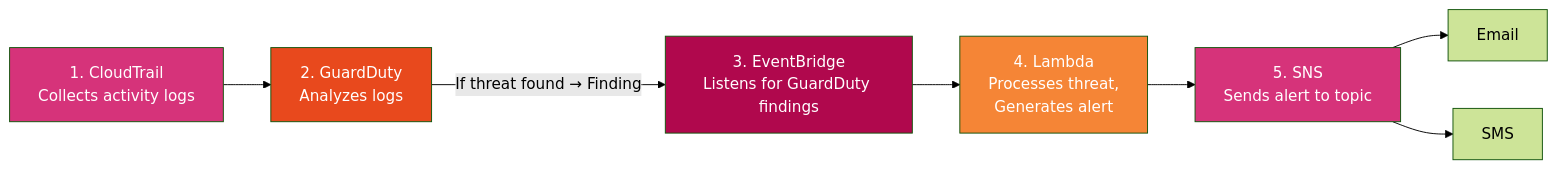
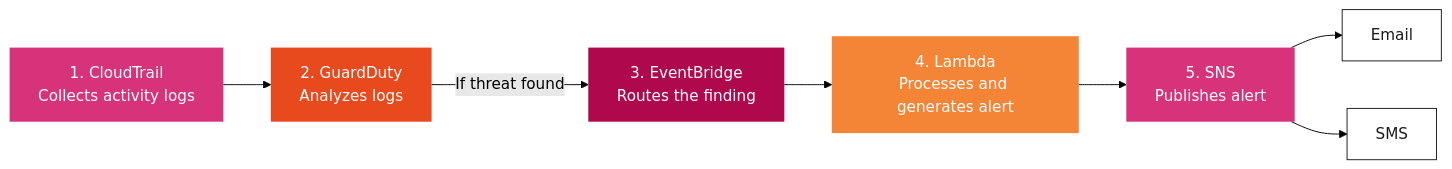
One commit to Nishigandha-AI/AWS-Threat-Detection-System changed the diagram in README.md. Above: the diagram before and after it, drawn with Mermaid (forest theme). The commit also changed other lines of this file, not shown here.

````diff
--- a/README.md
+++ b/README.md
@@ -32,15 +21,17 @@
 ```mermaid
 flowchart LR
-    A[1. CloudTrail\nCollects activity logs] --> B[2. GuardDuty\nAnalyzes logs]
-    B -- "If threat found → Finding" --> C[3. EventBridge\nListens for GuardDuty findings]
-    C --> D[4. Lambda\nProcesses threat,\nGenerates alert]
-    D --> E[5. SNS\nSends alert to topic]
-    E --> F[Email]
-    E --> G[SMS]
+    A["1. CloudTrail<br/>Collects activity logs"] --> B["2. GuardDuty<br/>Analyzes logs"]
+    B -->|"If threat found"| C["3. EventBridge<br/>Routes the finding"]
+    C --> D["4. Lambda<br/>Processes and generates alert"]
+    D --> E["5. SNS<br/>Publishes alert"]
+    E --> F["Email"]
+    E --> G["SMS"]
 
-    style A fill:#d6337a,color:#fff
-    style B fill:#e8491d,color:#fff
-    style C fill:#b0084d,color:#fff
-    style D fill:#f58536,color:#fff
-    style E fill:#d6337a,color:#fff
+    style A fill:#d6337a,color:#fff,stroke:none
+    style B fill:#e8491d,color:#fff,stroke:none
+    style C fill:#b0084d,color:#fff,stroke:none
+    style D fill:#f58536,color:#fff,stroke:none
+    style E fill:#d6337a,color:#fff,stroke:none
+    style F fill:#ffffff,color:#1a1a1a,stroke:#1a1a1a
+    style G fill:#ffffff,color:#1a1a1a,stroke:#1a1a1a
 ```
````
